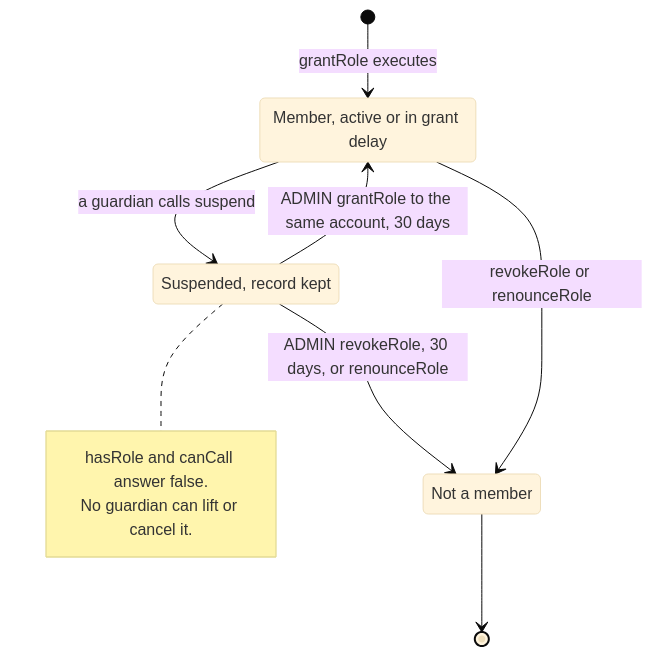
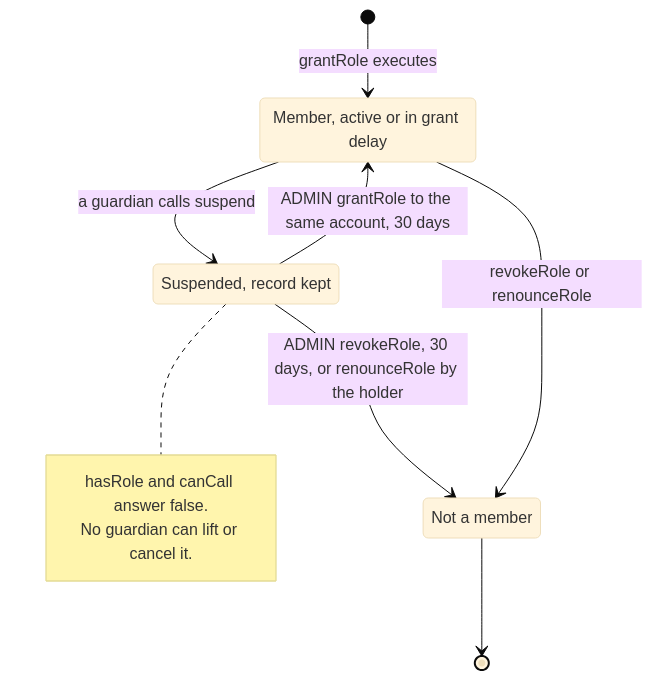
The third of 10 diagrams in docs/spec/governance.md (6529-Collections/6529-works), drawn with Mermaid (base theme) before and after one commit. The commit also changed other lines of this file and 36 other files, not shown here.

````diff
--- a/docs/spec/governance.md
+++ b/docs/spec/governance.md
@@ -428,16 +274,16 @@
 ```mermaid
 stateDiagram-v2
     state "Member, active or in grant delay" as Member
     state "Suspended, record kept" as Suspended
     state "Not a member" as None
     [*] --> Member : grantRole executes
     Member --> Suspended : a guardian calls suspend
     Suspended --> Member : ADMIN grantRole to the same account, 30 days
-    Suspended --> None : ADMIN revokeRole, 30 days, or renounceRole
+    Suspended --> None : ADMIN revokeRole, 30 days, or renounceRole by the holder
     Member --> None : revokeRole or renounceRole
     None --> [*]
     note right of Suspended
         hasRole and canCall answer false.
         No guardian can lift or cancel it.
     end note
 ```
````
